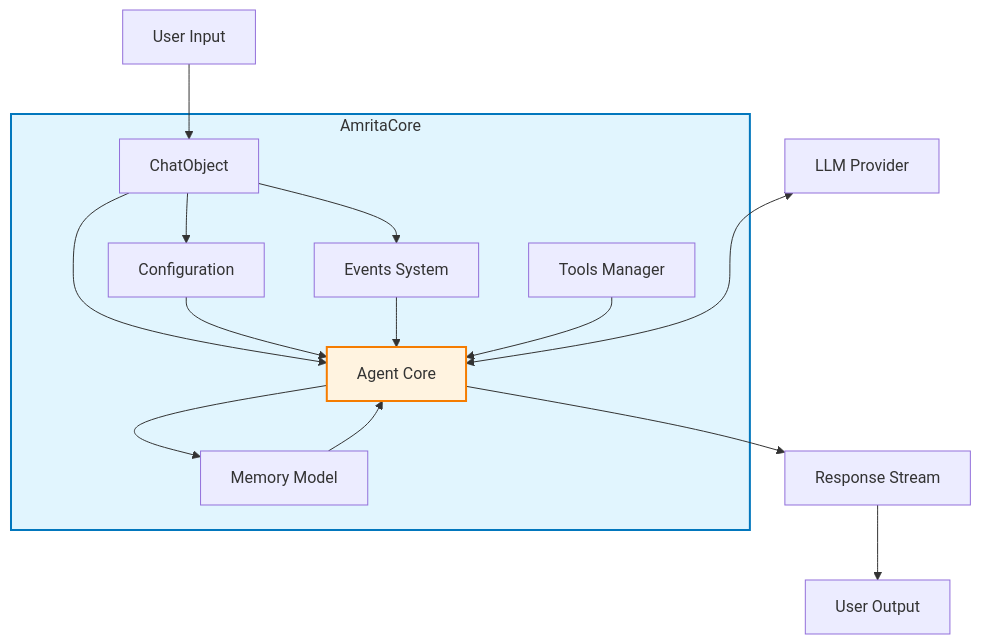
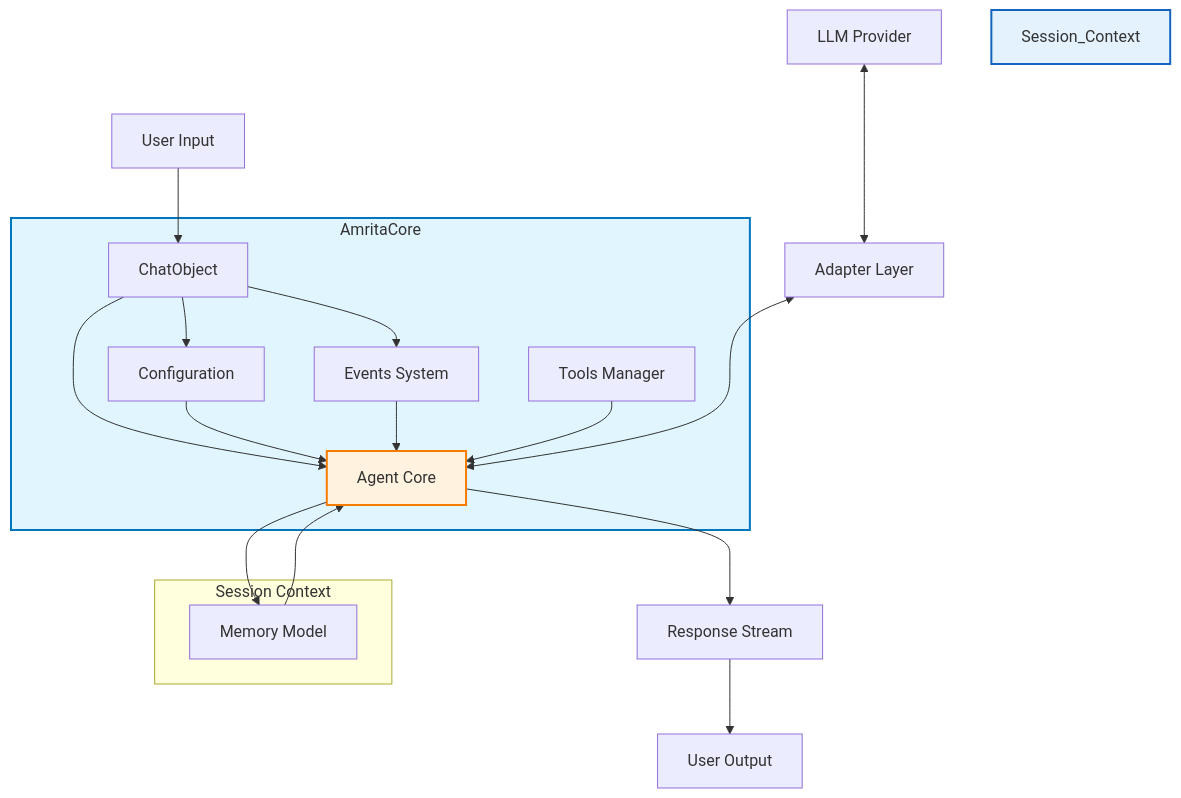
Before and after one commit to AmritaBot/AmritaCore: the first of 3 diagrams in docs/guide/getting-started/architecture.md, drawn with Mermaid. The commit also changed other lines of this file and 6 other files, not shown here.

````diff
--- a/docs/guide/getting-started/architecture.md
+++ b/docs/guide/getting-started/architecture.md
@@ -7,29 +7,34 @@
 ```mermaid
 graph TB
     subgraph "AmritaCore"
         A[ChatObject]
         B[Configuration]
         C[Events System]
         D[Tools Manager]
+        F[Agent Core]
+    end
+
+    subgraph "Session Context"
         E[Memory Model]
-        F[Agent Core]
     end
 
     UserInput[User Input] --> A
     A --> B
     A --> C
     A --> F
     B --> F
     C --> F
     D --> F
     E --> F
     F --> ResponseStream[Response Stream]
 
     ResponseStream --> UserOutput[User Output]
     F --> E
 
-    LLM[LLM Provider] <---> F
+    LLM[LLM Provider] <---> Adapter[Adapter Layer]
+    Adapter <---> F
 
     style AmritaCore fill:#e1f5fe,stroke:#0277bd,stroke-width:2px
     style F fill:#fff3e0,stroke:#f57c00,stroke-width:2px
+    style Session_Context fill:#e3f2fd,stroke:#1565c0,stroke-width:2px
 ```
````
